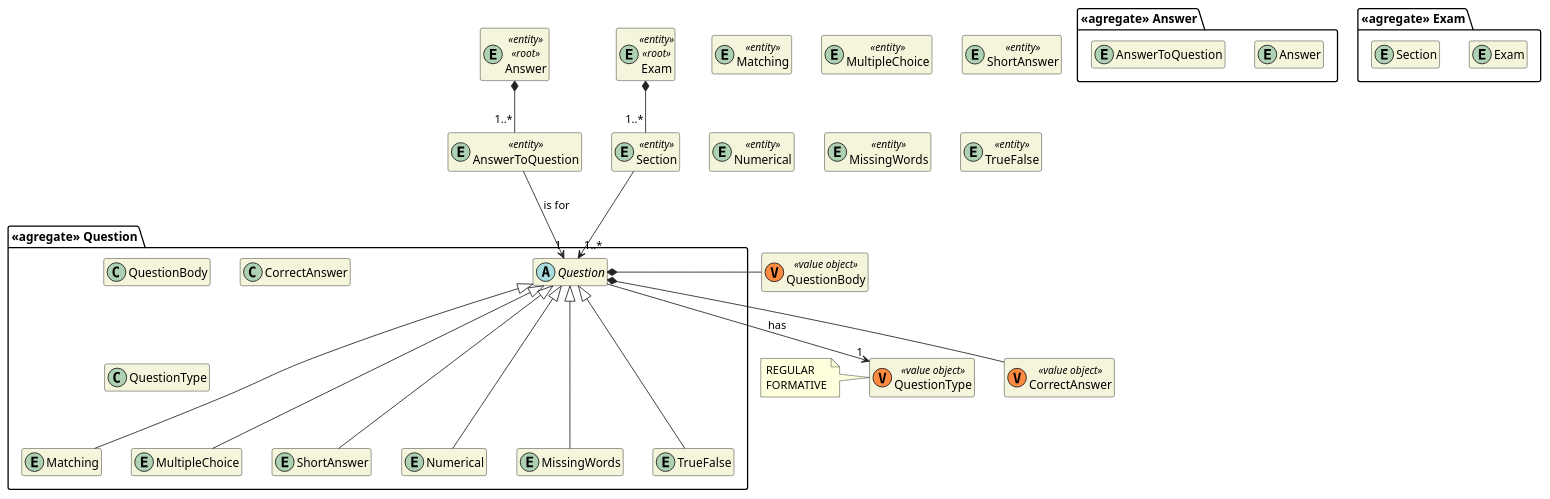
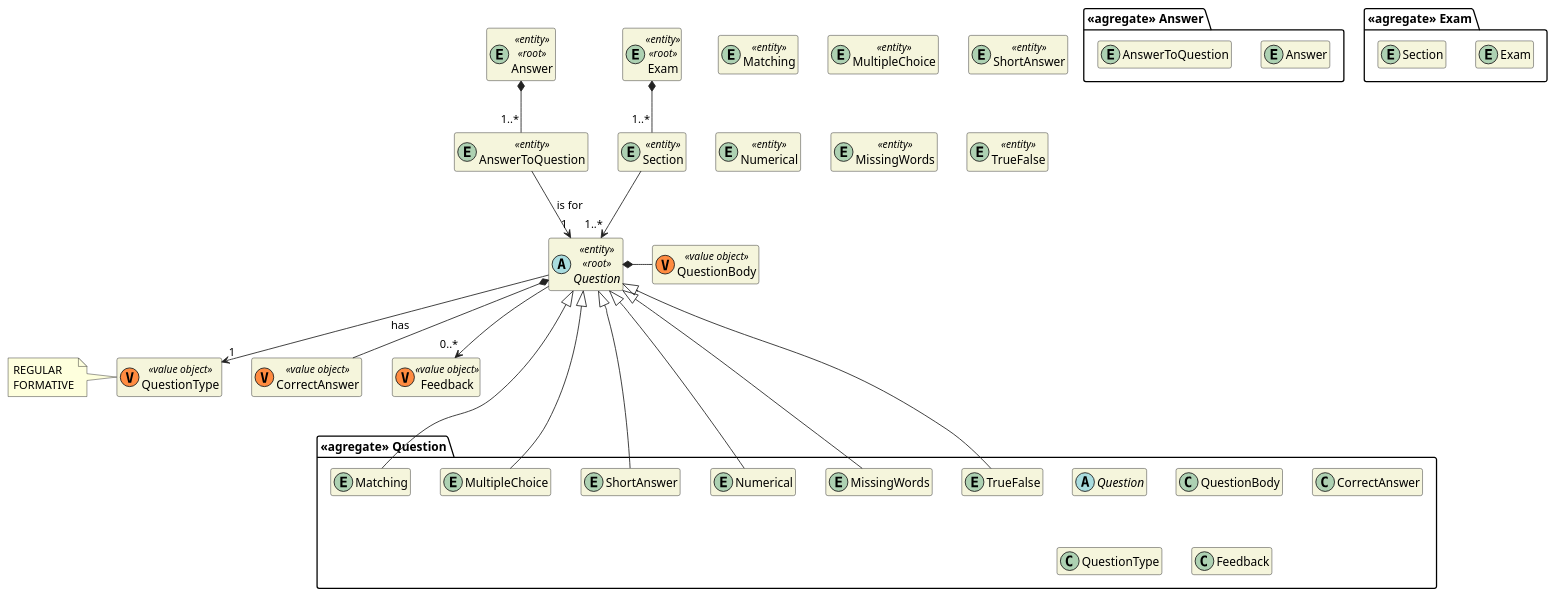
One commit to miseEnPlace-dev/lapr4 changed the diagram in docs/dm/DM_Question.puml. Above: the diagram before and after it, drawn with PlantUML. The commit also changed 2 other files, not shown here.

```diff
--- a/docs/dm/DM_Question.puml
+++ b/docs/dm/DM_Question.puml
@@ -1,78 +1,82 @@
 @startuml DM-EXAM
 'https://plantuml.com/class-diagram
 
 skinparam classAttributeIconSize 0
 hide empty attributes
 hide empty methods
 skinparam classBackgroundColor beige
 skinparam ArrowColor #222222
 
 
 package "<<agregate>> Question" {
   abstract Question
 
   class QuestionBody
   class CorrectAnswer
 
   abstract Question
   entity Matching
   entity MultipleChoice
   entity ShortAnswer
   entity Numerical
   entity MissingWords
   entity TrueFalse
 
   class QuestionType
+  class Feedback
 }
 
 package "<<agregate>> Answer" {
   entity Answer
   entity AnswerToQuestion
 }
 
+abstract Question <<entity>> <<root>> {}
 entity Answer <<entity>> <<root>> {}
 entity AnswerToQuestion <<entity>> {}
 
 Answer *-- "1..*" AnswerToQuestion
 
 package "<<agregate>> Exam" {
   entity Exam
   entity Section
 }
 
 entity Exam <<entity>> <<root>> {}
 entity Section <<entity>> {}
 
 Exam *-- "1..*" Section
 Section --> "1..*" Question
 
 class QuestionBody <<(V,#FF8B40) value object>> {}
 class CorrectAnswer <<(V,#FF8B40) value object>> {}
 class QuestionType <<(V,#FF8B40) value object>> {}
+class Feedback <<(V,#FF8B40) value object>> {}
 
 note left of QuestionType
   REGULAR
   FORMATIVE
 end note
 
 Question *- QuestionBody
 Question *-- CorrectAnswer
 Question --> "1" QuestionType :has
 
 Question <|--- Matching
 Question <|--- MultipleChoice
 Question <|--- ShortAnswer
 Question <|--- Numerical
 Question <|--- MissingWords
 Question <|--- TrueFalse
 
 entity Matching <<entity>> {}
 entity MultipleChoice <<entity>> {}
 entity ShortAnswer <<entity>> {}
 entity Numerical <<entity>> {}
 entity MissingWords <<entity>> {}
 entity TrueFalse <<entity>> {}
 
 AnswerToQuestion --> "1" Question : is for
+Question --> "0..*" Feedback
 
 @enduml
```
